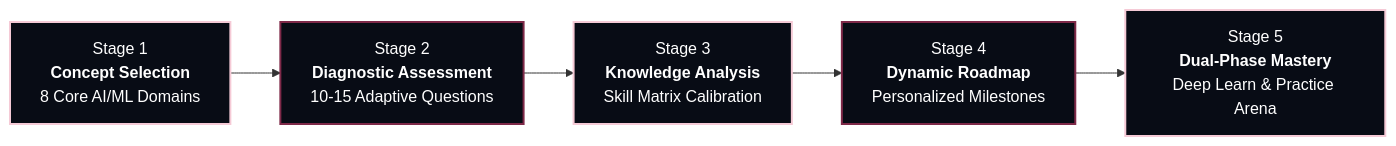
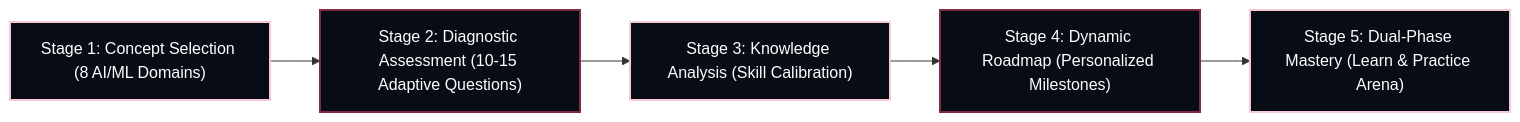
Before and after one commit to Kajalsiwach/-LogicQ-Personalised-AI-Tutor-for-Learning-AI: the second of 3 diagrams in README.md, drawn with Mermaid. The commit also changed other lines of this file, not shown here.

Commit message:
fix(docs): resolve GitHub Mermaid diagram syntax parse errors

````diff
--- a/README.md
+++ b/README.md
@@ -93,14 +93,13 @@
 ```mermaid
 flowchart LR
-    S1[Stage 1<br/><b>Concept Selection</b><br/>8 Core AI/ML Domains] --> 
-    S2[Stage 2<br/><b>Diagnostic Assessment</b><br/>10-15 Adaptive Questions] --> 
-    S3[Stage 3<br/><b>Knowledge Analysis</b><br/>Skill Matrix Calibration] --> 
-    S4[Stage 4<br/><b>Dynamic Roadmap</b><br/>Personalized Milestones] --> 
-    S5[Stage 5<br/><b>Dual-Phase Mastery</b><br/>Deep Learn & Practice Arena]
+    S1["Stage 1: Concept Selection (8 AI/ML Domains)"] --> S2["Stage 2: Diagnostic Assessment (10-15 Adaptive Questions)"]
+    S2 --> S3["Stage 3: Knowledge Analysis (Skill Calibration)"]
+    S3 --> S4["Stage 4: Dynamic Roadmap (Personalized Milestones)"]
+    S4 --> S5["Stage 5: Dual-Phase Mastery (Learn & Practice Arena)"]
 
     style S1 fill:#080C15,stroke:#F5CAD6,stroke-width:2px,color:#fff
     style S2 fill:#080C15,stroke:#7E2948,stroke-width:2px,color:#fff
     style S3 fill:#080C15,stroke:#F5CAD6,stroke-width:2px,color:#fff
     style S4 fill:#080C15,stroke:#7E2948,stroke-width:2px,color:#fff
     style S5 fill:#080C15,stroke:#F5CAD6,stroke-width:2px,color:#fff
 ```
````
